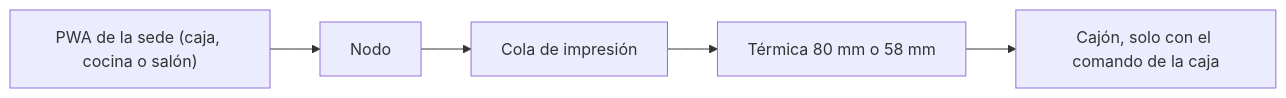
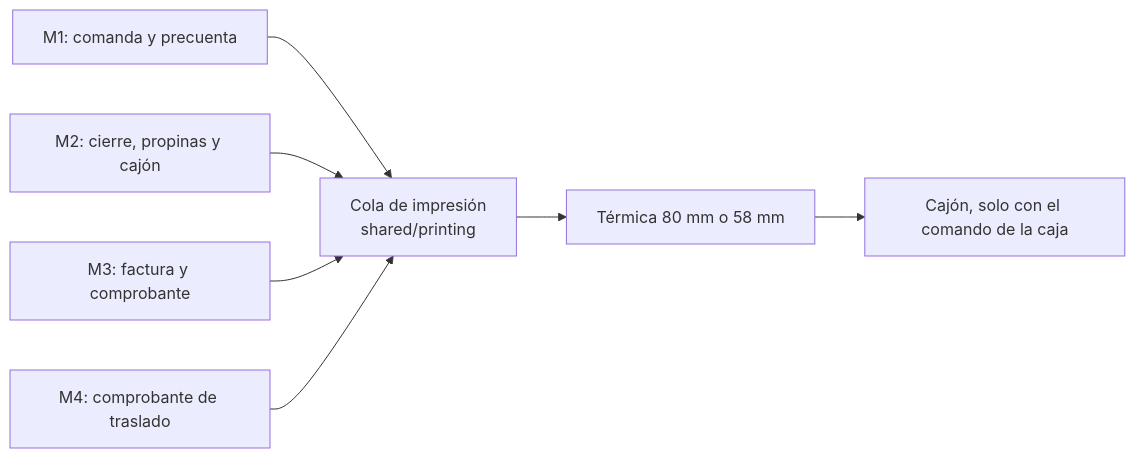
Before and after one commit to CesarJOtizM/blackHole: the fifth of 5 diagrams in docs/flujos/m3-facturacion.md, drawn with Mermaid. The commit also changed other lines of this file and 159 other files, not shown here.

````diff
--- a/docs/flujos/m3-facturacion.md
+++ b/docs/flujos/m3-facturacion.md
@@ -122,7 +121,9 @@
 ```mermaid
 flowchart LR
-  App["PWA de la sede (caja, cocina o salón)"] --> Nodo
-  Nodo --> Cola["Cola de impresión"]
-  Cola --> T["Térmica 80 mm o 58 mm"]
-  T --> Cajon["Cajón, solo con el comando de la caja"]
+  M1["M1: comanda y precuenta"] --> Q["Cola de impresión<br/>shared/printing"]
+  M2["M2: cierre, propinas y cajón"] --> Q
+  M3["M3: factura y comprobante"] --> Q
+  M4["M4: comprobante de traslado"] --> Q
+  Q --> T["Térmica 80 mm o 58 mm"]
+  T --> D["Cajón, solo con el comando de la caja"]
 ```
````
